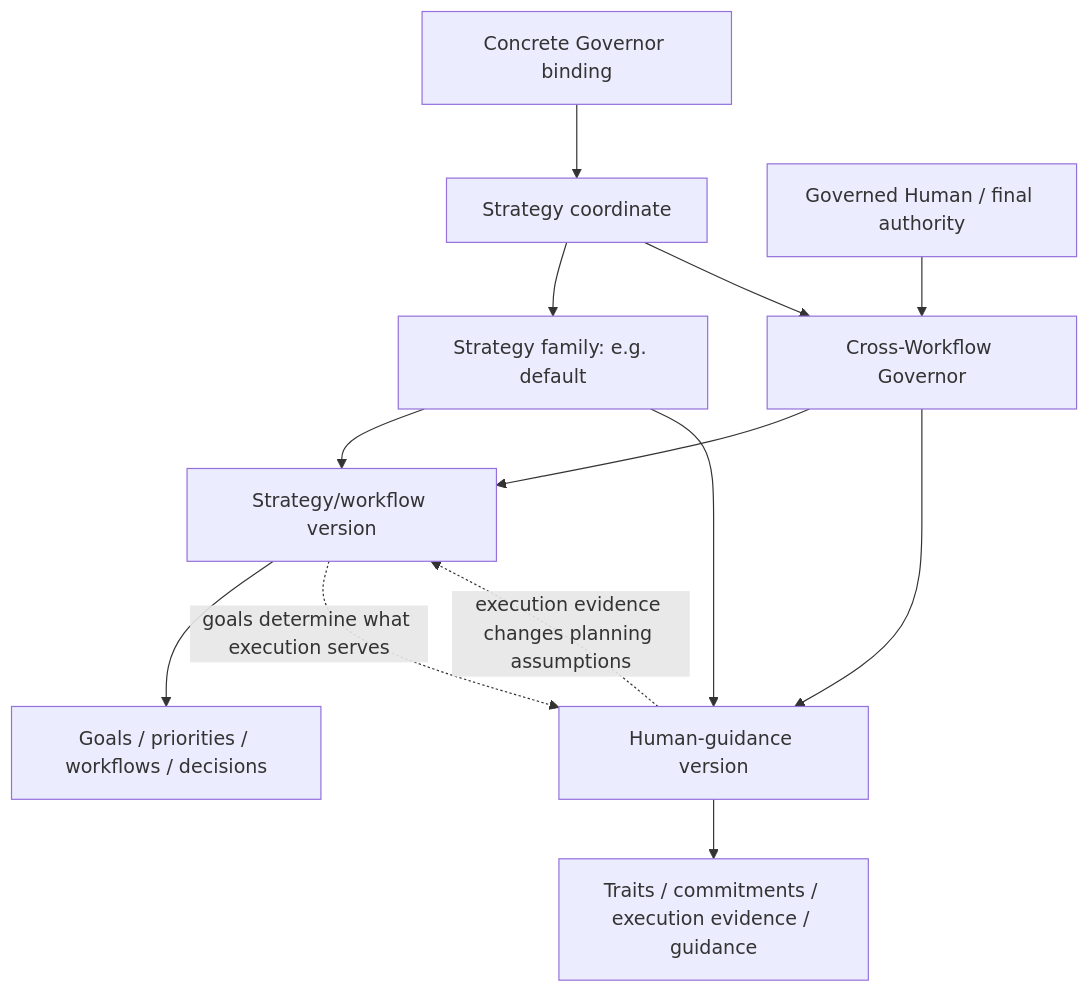
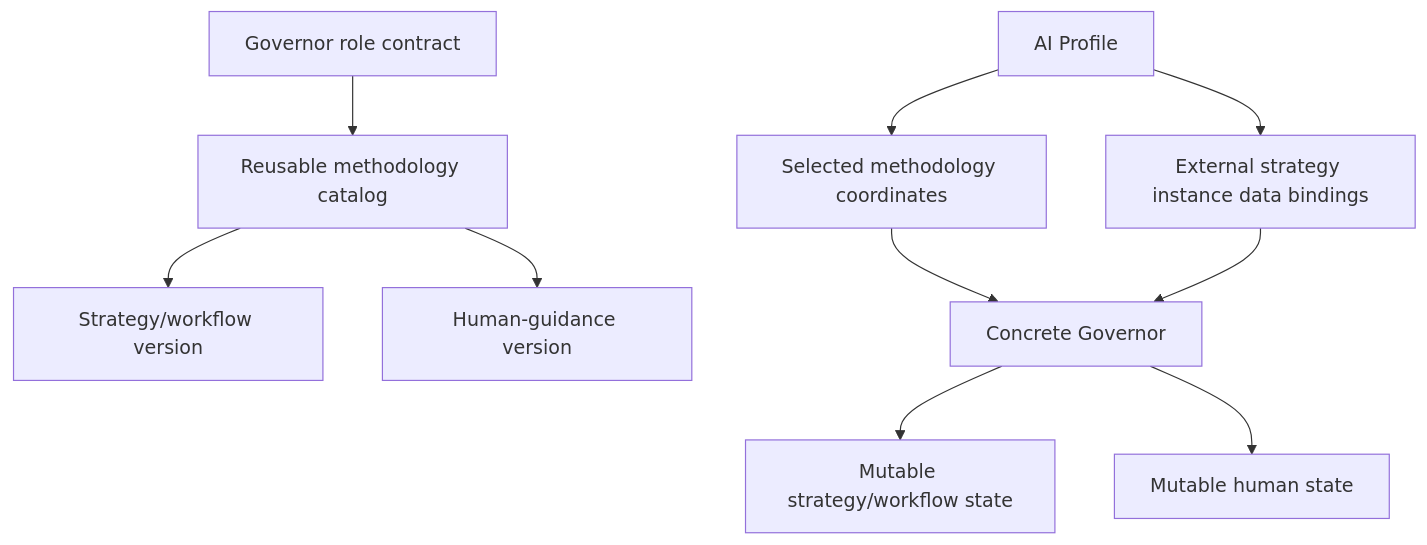
Before and after one commit to starodubtsevconsulting/ai-fleas: the diagram in ai-workflows/_common/roles/cross-workflow-governor.md, drawn with Mermaid. The commit also changed other lines of this file, not shown here.

Commit message:
Clarify Governor methodology versus external instance data

````diff
--- a/ai-workflows/_common/roles/cross-workflow-governor.md
+++ b/ai-workflows/_common/roles/cross-workflow-governor.md
@@ -43,15 +47,12 @@
 ```mermaid
 flowchart TD
-    B[Concrete Governor binding] --> C[Strategy coordinate]
-    C --> F[Strategy family: e.g. default]
-    F --> SV[Strategy/workflow version]
-    F --> HV[Human-guidance version]
-    H[Governed Human / final authority] --> G[Cross-Workflow Governor]
-    C --> G
-    G --> SV
-    G --> HV
-    SV --> GOALS[Goals / priorities / workflows / decisions]
-    HV --> EXEC[Traits / commitments / execution evidence / guidance]
-    HV -. execution evidence changes planning assumptions .-> SV
-    SV -. goals determine what execution serves .-> HV
+    R[Governor role contract] --> M[Reusable methodology catalog]
+    M --> S[Strategy/workflow version]
+    M --> H[Human-guidance version]
+    P[AI Profile] --> C[Selected methodology coordinates]
+    P --> D[External strategy instance data bindings]
+    C --> G[Concrete Governor]
+    D --> G
+    G --> DS[Mutable strategy/workflow state]
+    G --> DH[Mutable human state]
 ```
````
